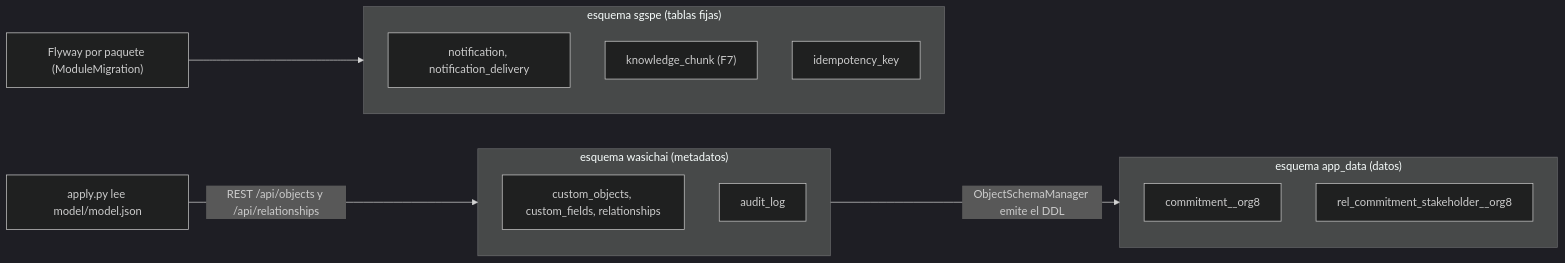
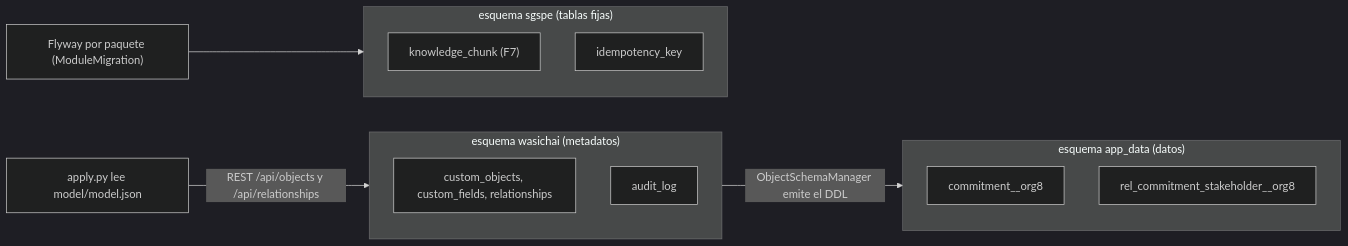
The first of 16 diagrams in docs/database-model.md (wasichai/sgspe), drawn with Mermaid (dark theme) before and after one commit. The commit also changed other lines of this file and 7 other files, not shown here.

````diff
--- a/docs/database-model.md
+++ b/docs/database-model.md
@@ -45,19 +45,18 @@
 ```mermaid
 flowchart LR
     APPLY["apply.py lee model/model.json"] -->|"REST /api/objects y /api/relationships"| META
     subgraph META["esquema wasichai (metadatos)"]
         CO["custom_objects, custom_fields, relationships"]
         AU["audit_log"]
     end
     META -->|"ObjectSchemaManager emite el DDL"| DATA
     subgraph DATA["esquema app_data (datos)"]
         T1["commitment__org8"]
         T2["rel_commitment_stakeholder__org8"]
     end
     FW["Flyway por paquete (ModuleMigration)"] --> SG
     subgraph SG["esquema sgspe (tablas fijas)"]
-        N1["notification, notification_delivery"]
         K1["knowledge_chunk (F7)"]
         I1["idempotency_key"]
     end
 ```
````
